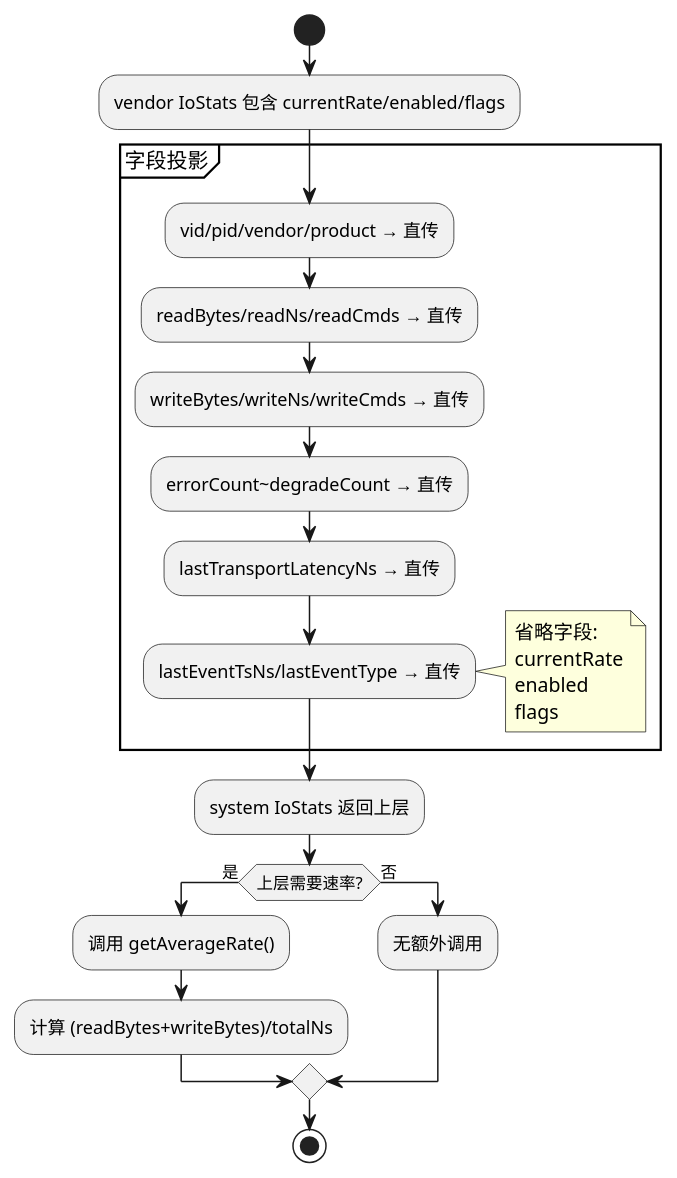
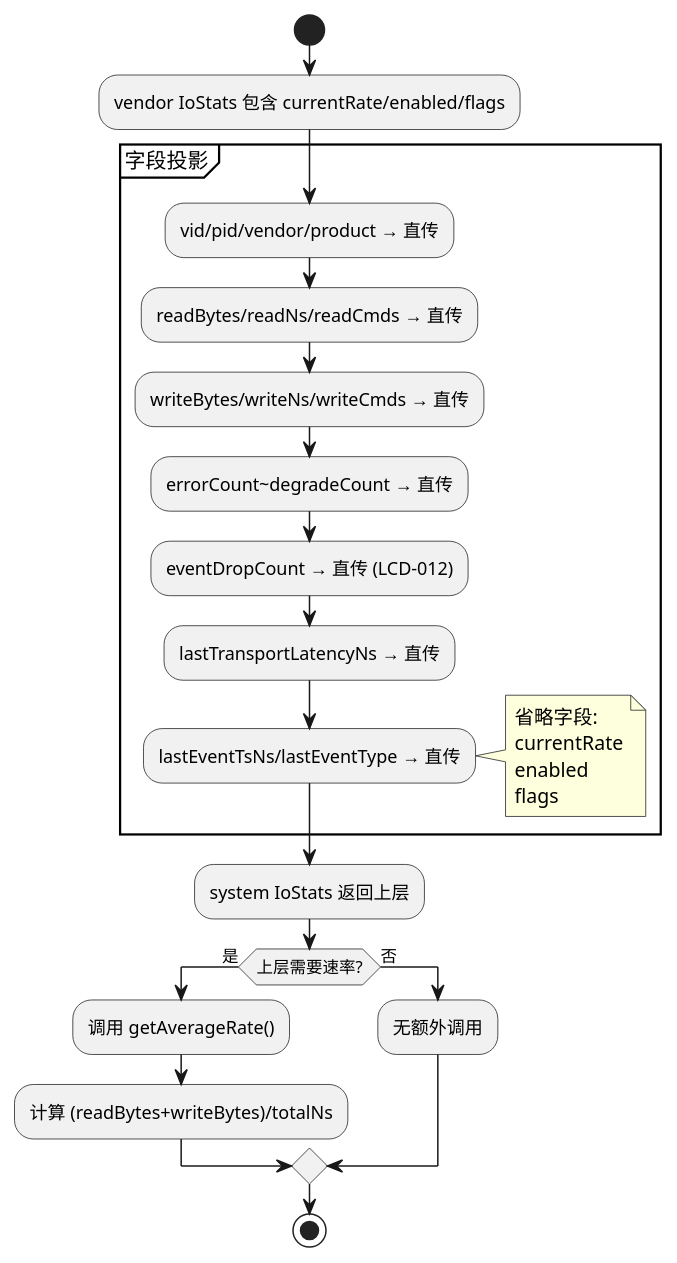
Before and after one commit to lechao365/AndroidSystemEnhance: diagram 13 of 17 in docs/02-IO增强/02.03-Daemon增强-lciod-daemon.md, drawn with PlantUML. The commit also changed other lines of this file and 184 other files, not shown here.

````diff
--- a/docs/02-IO增强/02.03-Daemon增强-lciod-daemon.md
+++ b/docs/02-IO增强/02.03-Daemon增强-lciod-daemon.md
@@ -689,27 +700,28 @@
 ```plantuml
 @startuml
 start
 :vendor IoStats 包含 currentRate/enabled/flags;
 
 partition "字段投影" {
     :vid/pid/vendor/product → 直传;
     :readBytes/readNs/readCmds → 直传;
     :writeBytes/writeNs/writeCmds → 直传;
     :errorCount~degradeCount → 直传;
+    :eventDropCount → 直传 (LCD-012);
     :lastTransportLatencyNs → 直传;
     :lastEventTsNs/lastEventType → 直传;
     
     note right: 省略字段:\ncurrentRate\nenabled\nflags
 }
 
 :system IoStats 返回上层;
 
 if (上层需要速率?) then (是)
     :调用 getAverageRate();
     :计算 (readBytes+writeBytes)/totalNs;
 else (否)
     :无额外调用;
 endif
 stop
 @enduml
 ```
````
